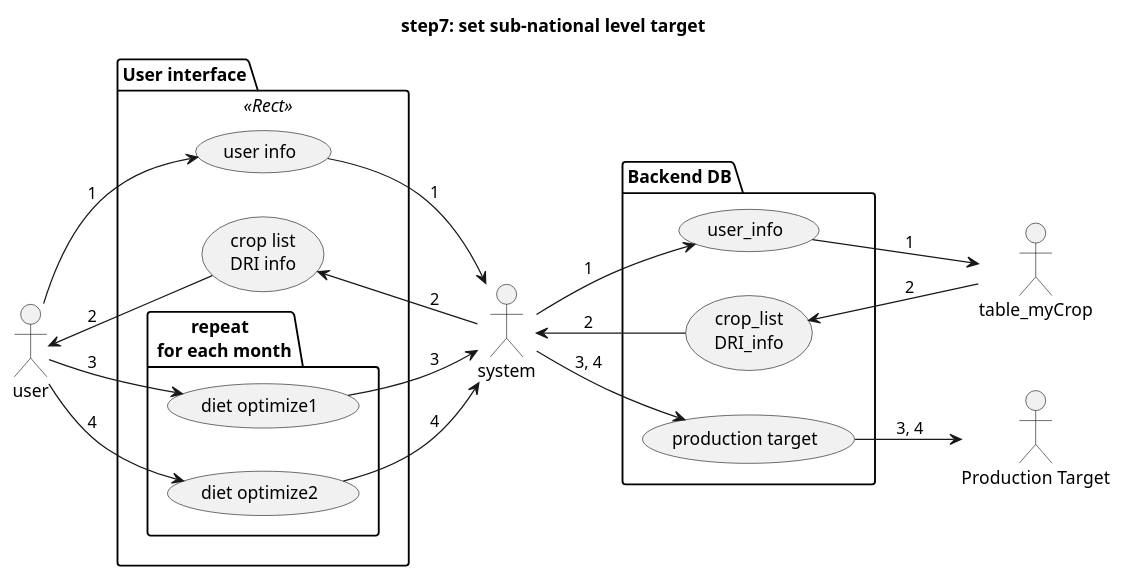
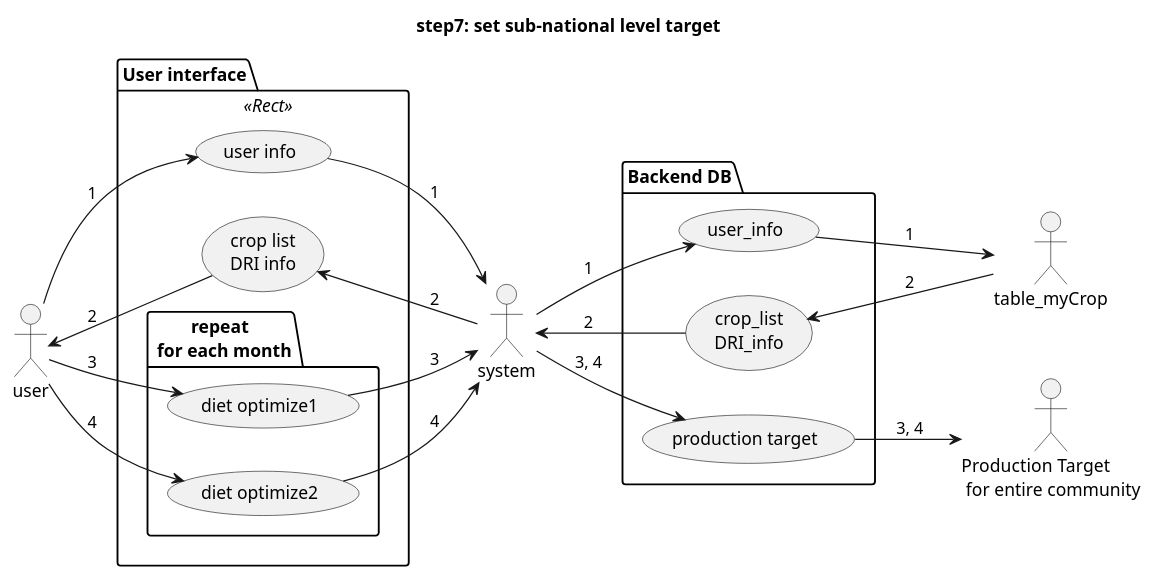
Before and after one commit to snakada1615/ifna_pwa02: the diagram in myApp/static/ULM/step07.puml, drawn with PlantUML. The commit also changed 9 other files, not shown here.

```diff
--- a/myApp/static/ULM/step07.puml
+++ b/myApp/static/ULM/step07.puml
@@ -1,34 +1,34 @@
 @startuml
 left to right direction
 
 title step7: set sub-national level target
 
 actor :user: as user
 actor :system: as admin
 actor :table_myCrop: as table1
-actor :Production Target: as table3
+actor :Production Target \n for entire community: as table3
 
   package "User interface" <<Rect>> {
       user --> (user info):"1"
       (user info) --> admin:"1"
       user <-- (crop list\nDRI info):"2"
       (crop list\nDRI info) <-- admin:"2"
       package "repeat \n for each month"{
       user --> (diet optimize1):"3"
       (diet optimize1) --> admin:"3"
       user --> (diet optimize2):"4"
       (diet optimize2) --> admin:"4"
     }
   }
 
   package "Backend DB" {
     admin --> (user_info):"1"
     (user_info) --> table1:"1"
     (crop_list\nDRI_info) <-- table1:"2"
     admin <-- (crop_list\nDRI_info):"2"
     admin --> (production target):"3, 4"
     (production target) --> table3:"3, 4"
   }
 
 
 @enduml
```
